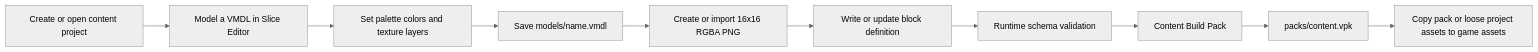
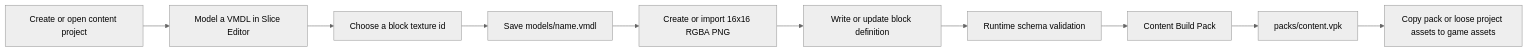
Before and after one commit to GoGurtPrime/voxels: the first of 2 diagrams in editor/README.md, drawn with Mermaid (neutral theme). The commit also changed other lines of this file and 14 other files, not shown here.

````diff
--- a/editor/README.md
+++ b/editor/README.md
@@ -17,12 +17,12 @@
 ```mermaid
 flowchart LR
     A[Create or open content project] --> B[Model a VMDL in Slice Editor]
-    B --> C[Set palette colors and texture layers]
+    B --> C[Choose a block texture id]
     C --> D[Save models/name.vmdl]
     D --> E[Create or import 16x16 RGBA PNG]
     E --> F[Write or update block definition]
     F --> G[Runtime schema validation]
     G --> H[Content Build Pack]
     H --> I[packs/content.vpk]
     I --> J[Copy pack or loose project assets to game assets]
 ```
````
